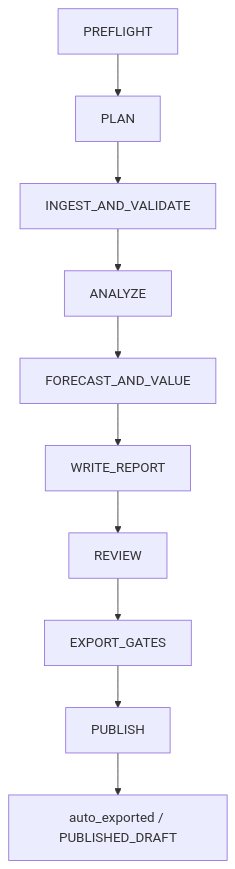
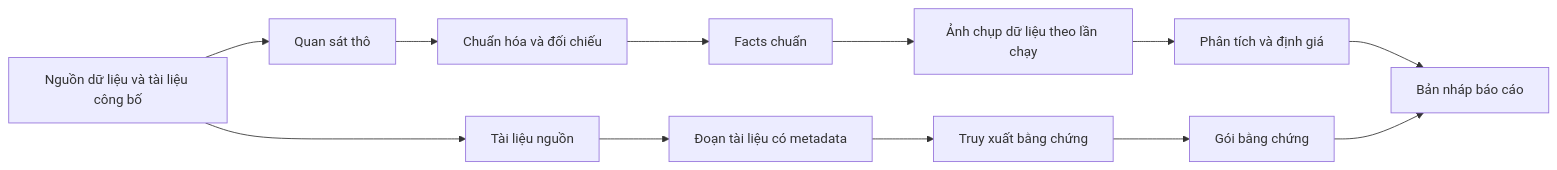
Before and after one commit to haubelerche/equity-research-system: the third of 6 diagrams in docs/ARCHITECTURE.md, drawn with Mermaid. The commit also changed other lines of this file and 29 other files, not shown here.

````diff
--- a/docs/ARCHITECTURE.md
+++ b/docs/ARCHITECTURE.md
@@ -62,12 +209,14 @@
 ```mermaid
-flowchart TD
-    A[PREFLIGHT] --> B[PLAN]
-    B --> C[INGEST_AND_VALIDATE]
-    C --> D[ANALYZE]
-    D --> E[FORECAST_AND_VALUE]
-    E --> F[WRITE_REPORT]
-    F --> G[REVIEW]
-    G --> H[EXPORT_GATES]
-    H --> I[PUBLISH]
-    I --> J[auto_exported / PUBLISHED_DRAFT]
+flowchart LR
+    A[Nguồn dữ liệu và tài liệu công bố] --> B[Tài liệu nguồn]
+    A --> C[Quan sát thô]
+    C --> D[Chuẩn hóa và đối chiếu]
+    D --> E[Facts chuẩn]
+    E --> F[Ảnh chụp dữ liệu theo lần chạy]
+    B --> G[Đoạn tài liệu có metadata]
+    G --> H[Truy xuất bằng chứng]
+    F --> I[Phân tích và định giá]
+    H --> J[Gói bằng chứng]
+    I --> K[Bản nháp báo cáo]
+    J --> K
 ```
````
